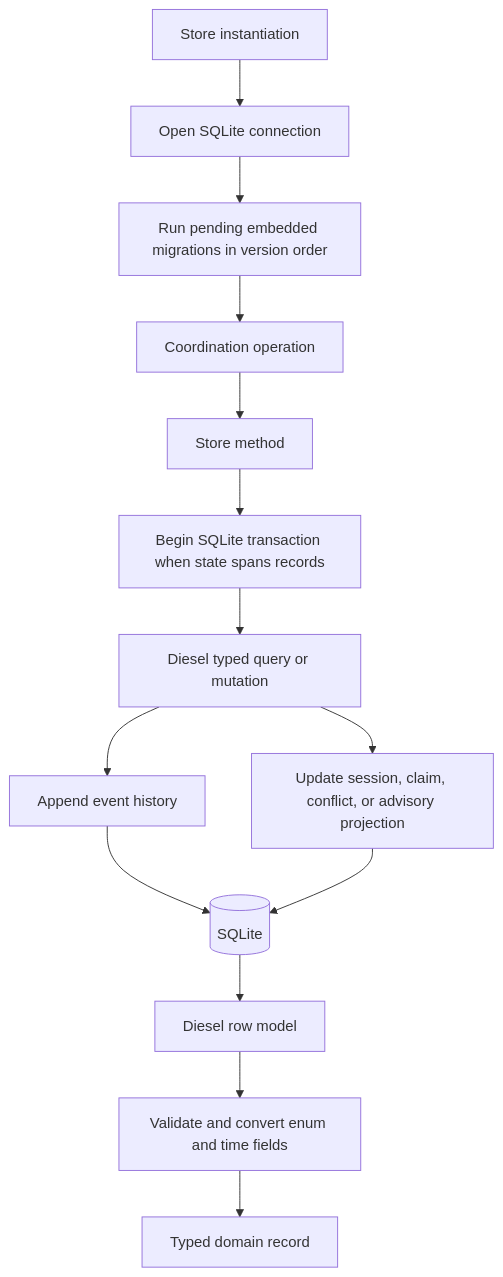
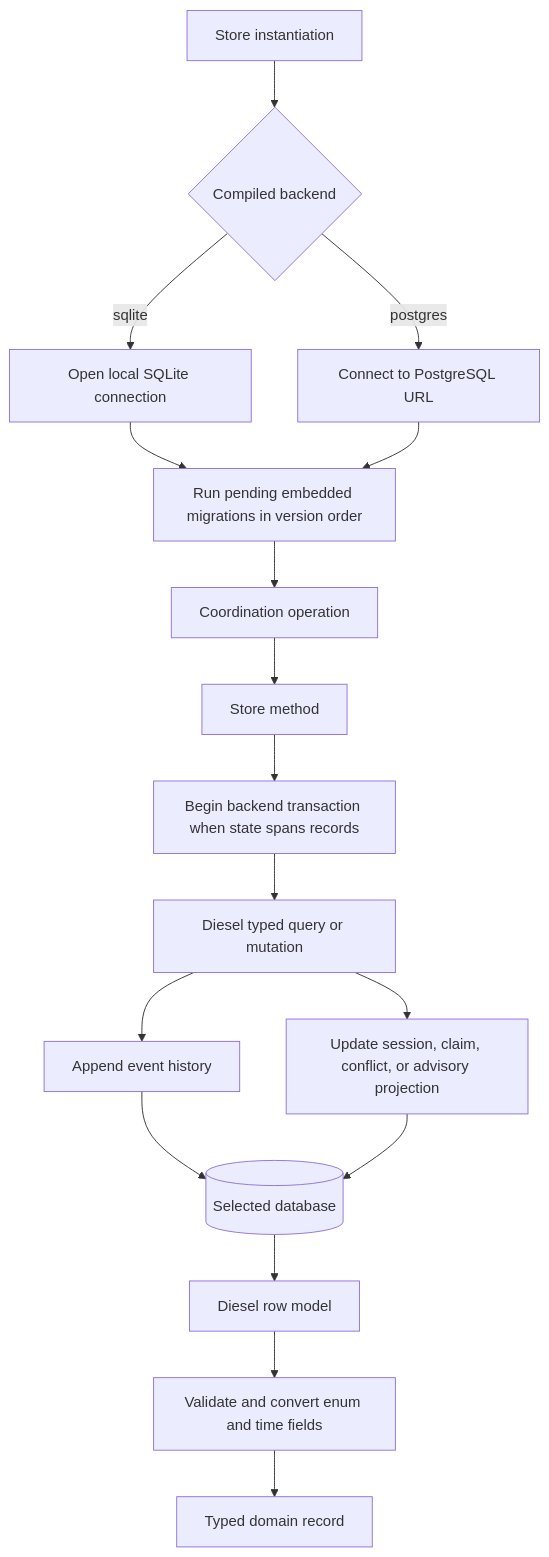
The diagram in docs/features/persistence.md (warrenronsiek/nexus), drawn with Mermaid before and after one commit. The commit also changed other lines of this file and 202 other files, not shown here.

````diff
--- a/docs/features/persistence.md
+++ b/docs/features/persistence.md
@@ -17,16 +17,19 @@
 ```mermaid
 flowchart TD
-    Z[Store instantiation] --> Y[Open SQLite connection]
+    Z[Store instantiation] --> W{Compiled backend}
+    W -->|sqlite| Y[Open local SQLite connection]
+    W -->|postgres| V[Connect to PostgreSQL URL]
     Y --> X[Run pending embedded migrations in version order]
+    V --> X
     X --> A[Coordination operation]
     A --> B[Store method]
-    B --> C[Begin SQLite transaction when state spans records]
+    B --> C[Begin backend transaction when state spans records]
     C --> D[Diesel typed query or mutation]
     D --> E[Append event history]
     D --> F[Update session, claim, conflict, or advisory projection]
-    E --> G[(SQLite)]
+    E --> G[(Selected database)]
     F --> G
     G --> H[Diesel row model]
     H --> I[Validate and convert enum and time fields]
     I --> J[Typed domain record]
 ```
````
